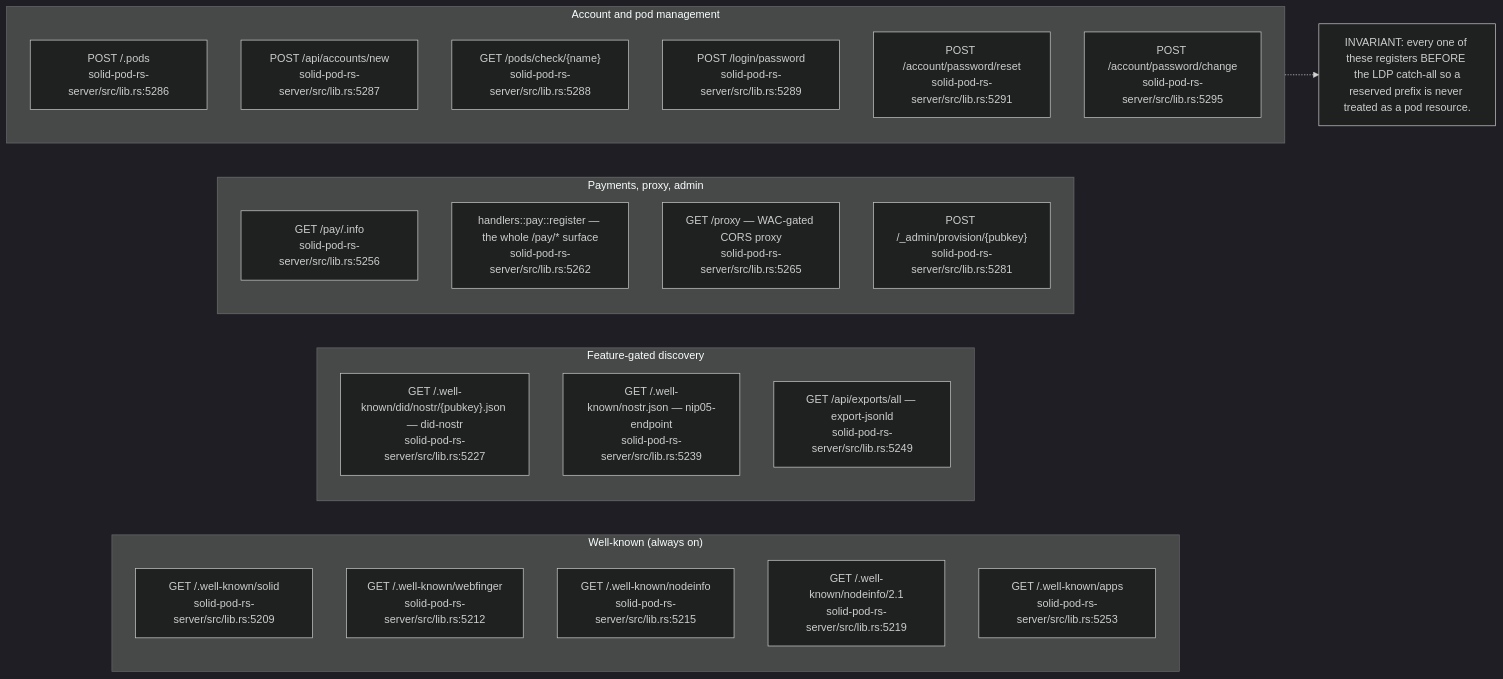
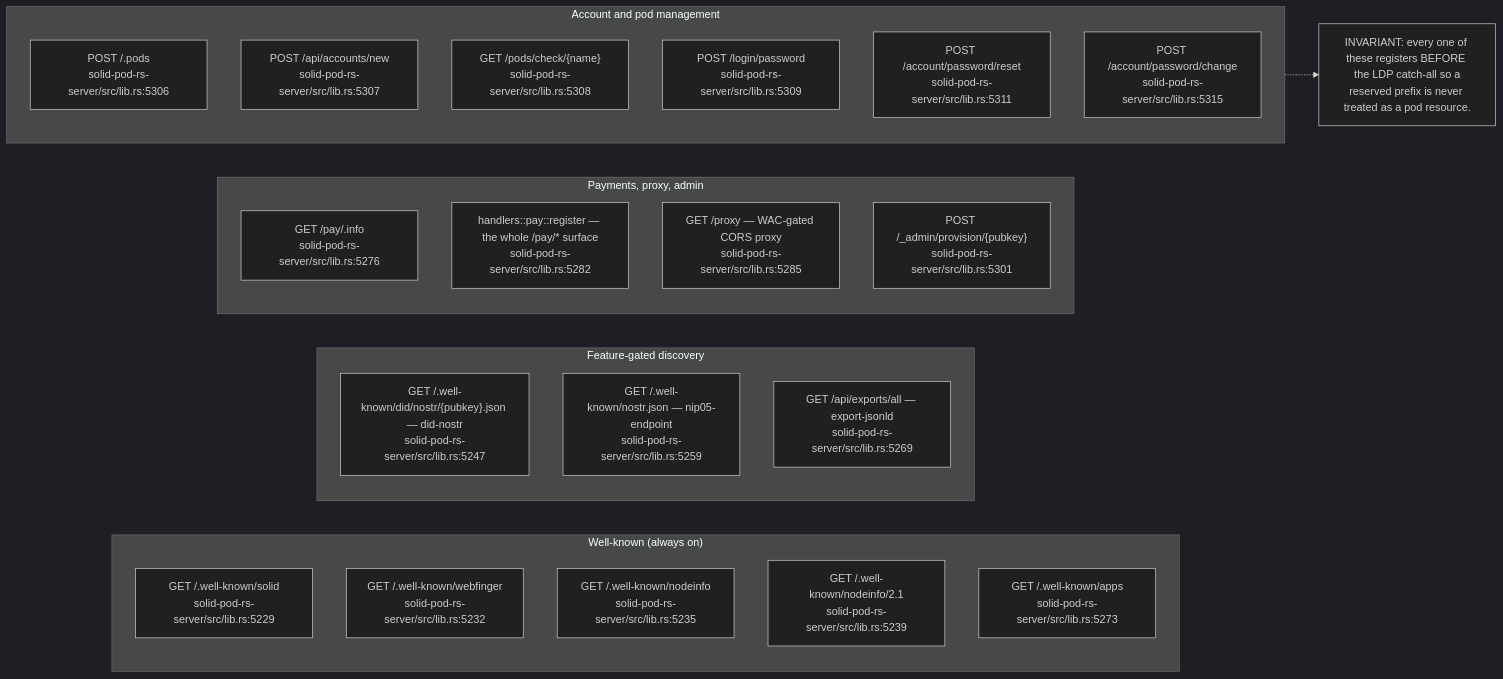
The eighth of 11 diagrams in docs/diagrams/solid-pod-rs/02-server-boot-and-routes.md (DreamLab-AI/VisionFlow), drawn with Mermaid (dark theme) before and after one commit. The commit also changed other lines of this file and 47 other files, not shown here.

````diff
--- a/docs/diagrams/solid-pod-rs/02-server-boot-and-routes.md
+++ b/docs/diagrams/solid-pod-rs/02-server-boot-and-routes.md
@@ -220,32 +233,32 @@
 ```mermaid
 flowchart LR
     subgraph WK["Well-known (always on)"]
-        A1["GET /.well-known/solid<br/>solid-pod-rs-server/src/lib.rs:5209"]
-        A2["GET /.well-known/webfinger<br/>solid-pod-rs-server/src/lib.rs:5212"]
-        A3["GET /.well-known/nodeinfo<br/>solid-pod-rs-server/src/lib.rs:5215"]
-        A4["GET /.well-known/nodeinfo/2.1<br/>solid-pod-rs-server/src/lib.rs:5219"]
-        A5["GET /.well-known/apps<br/>solid-pod-rs-server/src/lib.rs:5253"]
+        A1["GET /.well-known/solid<br/>solid-pod-rs-server/src/lib.rs:5229"]
+        A2["GET /.well-known/webfinger<br/>solid-pod-rs-server/src/lib.rs:5232"]
+        A3["GET /.well-known/nodeinfo<br/>solid-pod-rs-server/src/lib.rs:5235"]
+        A4["GET /.well-known/nodeinfo/2.1<br/>solid-pod-rs-server/src/lib.rs:5239"]
+        A5["GET /.well-known/apps<br/>solid-pod-rs-server/src/lib.rs:5273"]
     end
     subgraph GATED["Feature-gated discovery"]
-        B1["GET /.well-known/did/nostr/{pubkey}.json — did-nostr<br/>solid-pod-rs-server/src/lib.rs:5227"]
-        B2["GET /.well-known/nostr.json — nip05-endpoint<br/>solid-pod-rs-server/src/lib.rs:5239"]
-        B3["GET /api/exports/all — export-jsonld<br/>solid-pod-rs-server/src/lib.rs:5249"]
+        B1["GET /.well-known/did/nostr/{pubkey}.json — did-nostr<br/>solid-pod-rs-server/src/lib.rs:5247"]
+        B2["GET /.well-known/nostr.json — nip05-endpoint<br/>solid-pod-rs-server/src/lib.rs:5259"]
+        B3["GET /api/exports/all — export-jsonld<br/>solid-pod-rs-server/src/lib.rs:5269"]
     end
     subgraph PAYADMIN["Payments, proxy, admin"]
-        C1["GET /pay/.info<br/>solid-pod-rs-server/src/lib.rs:5256"]
-        C2["handlers::pay::register — the whole /pay/* surface<br/>solid-pod-rs-server/src/lib.rs:5262"]
-        C3["GET /proxy — WAC-gated CORS proxy<br/>solid-pod-rs-server/src/lib.rs:5265"]
-        C4["POST /_admin/provision/{pubkey}<br/>solid-pod-rs-server/src/lib.rs:5281"]
+        C1["GET /pay/.info<br/>solid-pod-rs-server/src/lib.rs:5276"]
+        C2["handlers::pay::register — the whole /pay/* surface<br/>solid-pod-rs-server/src/lib.rs:5282"]
+        C3["GET /proxy — WAC-gated CORS proxy<br/>solid-pod-rs-server/src/lib.rs:5285"]
+        C4["POST /_admin/provision/{pubkey}<br/>solid-pod-rs-server/src/lib.rs:5301"]
     end
     subgraph ACCT["Account and pod management"]
-        D1["POST /.pods<br/>solid-pod-rs-server/src/lib.rs:5286"]
-        D2["POST /api/accounts/new<br/>solid-pod-rs-server/src/lib.rs:5287"]
-        D3["GET /pods/check/{name}<br/>solid-pod-rs-server/src/lib.rs:5288"]
-        D4["POST /login/password<br/>solid-pod-rs-server/src/lib.rs:5289"]
-        D5["POST /account/password/reset<br/>solid-pod-rs-server/src/lib.rs:5291"]
-        D6["POST /account/password/change<br/>solid-pod-rs-server/src/lib.rs:5295"]
+        D1["POST /.pods<br/>solid-pod-rs-server/src/lib.rs:5306"]
+        D2["POST /api/accounts/new<br/>solid-pod-rs-server/src/lib.rs:5307"]
+        D3["GET /pods/check/{name}<br/>solid-pod-rs-server/src/lib.rs:5308"]
+        D4["POST /login/password<br/>solid-pod-rs-server/src/lib.rs:5309"]
+        D5["POST /account/password/reset<br/>solid-pod-rs-server/src/lib.rs:5311"]
+        D6["POST /account/password/change<br/>solid-pod-rs-server/src/lib.rs:5315"]
     end
 
     N["INVARIANT: every one of these registers BEFORE the LDP catch-all so a\nreserved prefix is never treated as a pod resource."]
     ACCT -.-> N
 ```
````
